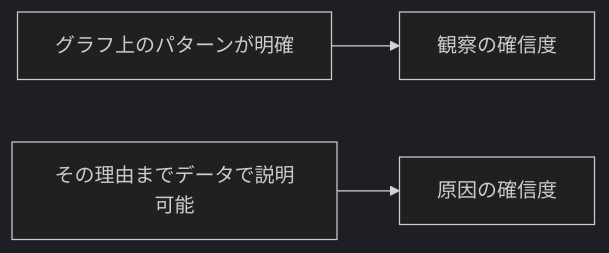
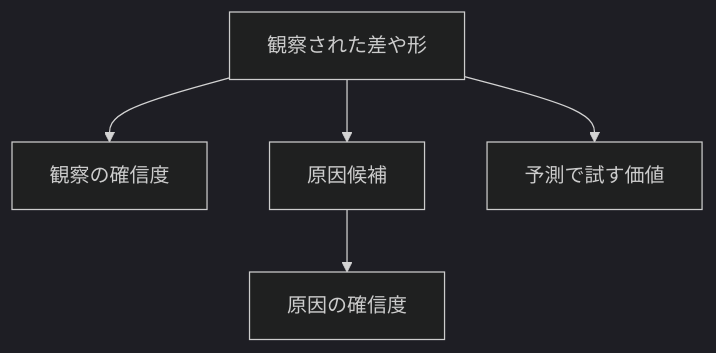
Before and after one commit to mgmaru/ml-model-tuning-sandbox: the second of 2 diagrams in docs/review/20260725_bike_sharing_hypothesis_review.md, drawn with Mermaid (dark theme). The commit also changed other lines of this file, not shown here.

````diff
--- a/docs/review/20260725_bike_sharing_hypothesis_review.md
+++ b/docs/review/20260725_bike_sharing_hypothesis_review.md
@@ -423,5 +448,7 @@
 ```mermaid
-flowchart LR
-    A["グラフ上のパターンが明確"] --> B["観察の確信度"]
-    C["その理由までデータで説明可能"] --> D["原因の確信度"]
+flowchart TD
+    O["観察された差や形"] --> OC["観察の確信度"]
+    O --> C["原因候補"]
+    C --> CC["原因の確信度"]
+    O --> PV["予測で試す価値"]
 ```
````
